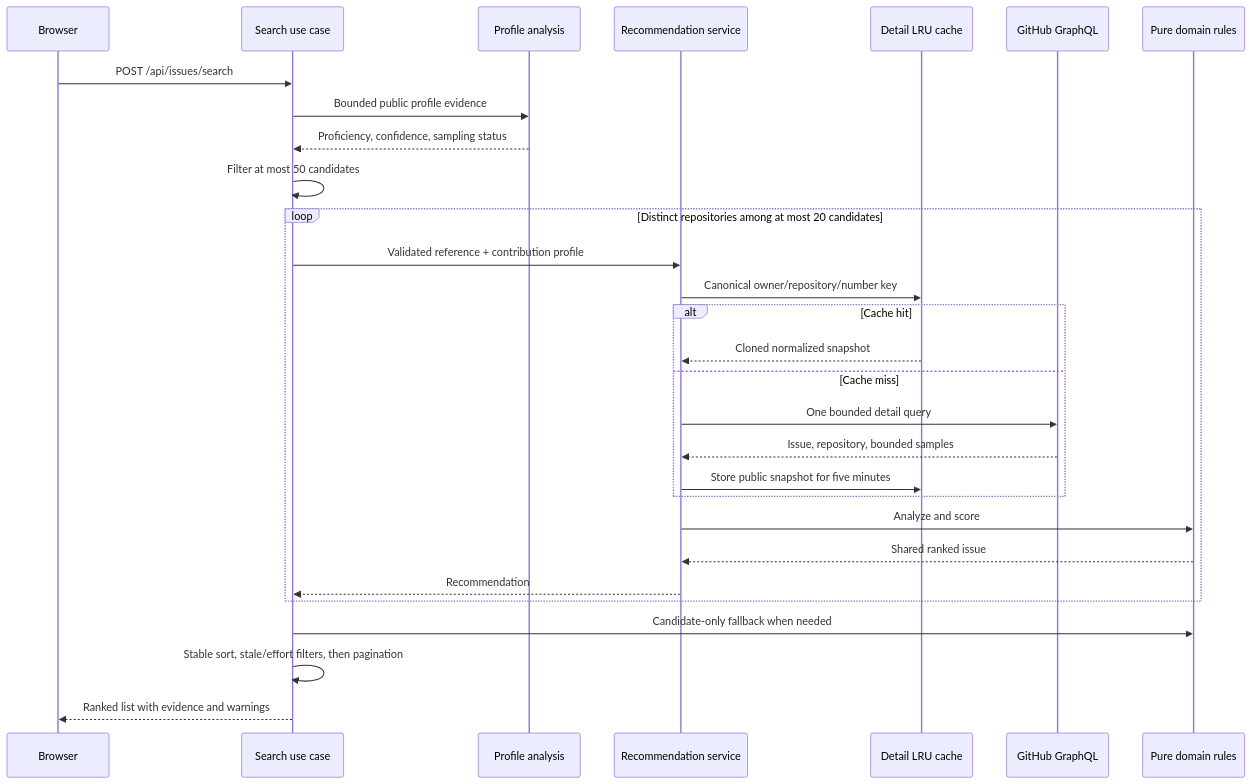
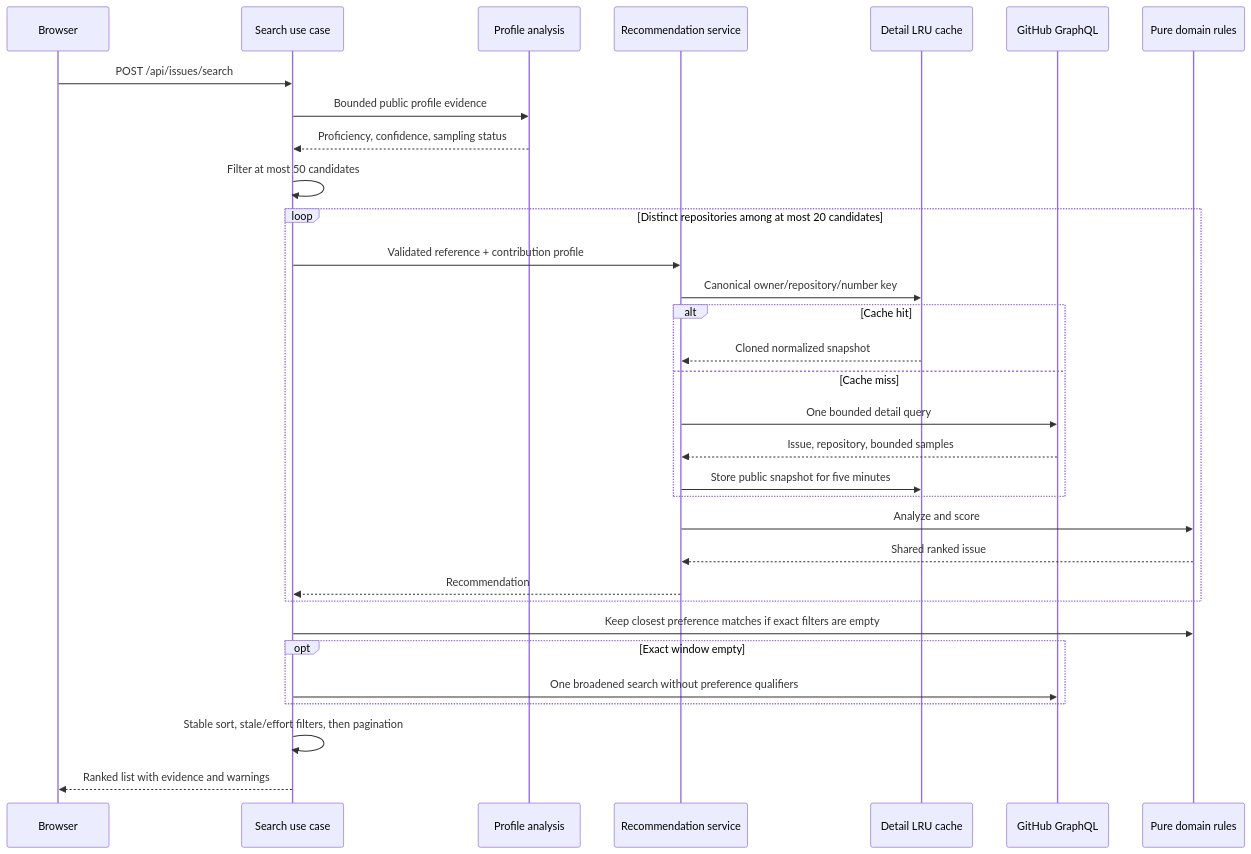
One commit to tensho1026/github-oss-search changed the diagram in docs/issue-recommendations.md. Above: the diagram before and after it, drawn with Mermaid. The commit also changed other lines of this file and 32 other files, not shown here.

First line of the commit message:
feat: keep closest issue matches when filters are too strict

````diff
--- a/docs/issue-recommendations.md
+++ b/docs/issue-recommendations.md
@@ -10,32 +10,35 @@
 ```mermaid
 sequenceDiagram
     participant Browser
     participant Search as Search use case
     participant Profile as Profile analysis
     participant Detail as Recommendation service
     participant Cache as Detail LRU cache
     participant GitHub as GitHub GraphQL
     participant Rules as Pure domain rules
 
     Browser->>Search: POST /api/issues/search
     Search->>Profile: Bounded public profile evidence
     Profile-->>Search: Proficiency, confidence, sampling status
     Search->>Search: Filter at most 50 candidates
     loop Distinct repositories among at most 20 candidates
         Search->>Detail: Validated reference + contribution profile
         Detail->>Cache: Canonical owner/repository/number key
         alt Cache hit
             Cache-->>Detail: Cloned normalized snapshot
         else Cache miss
             Detail->>GitHub: One bounded detail query
             GitHub-->>Detail: Issue, repository, bounded samples
             Detail->>Cache: Store public snapshot for five minutes
         end
         Detail->>Rules: Analyze and score
         Rules-->>Detail: Shared ranked issue
         Detail-->>Search: Recommendation
     end
-    Search->>Rules: Candidate-only fallback when needed
+    Search->>Rules: Keep closest preference matches if exact filters are empty
+    opt Exact window empty
+        Search->>GitHub: One broadened search without preference qualifiers
+    end
     Search->>Search: Stable sort, stale/effort filters, then pagination
     Search-->>Browser: Ranked list with evidence and warnings
 ```
````
